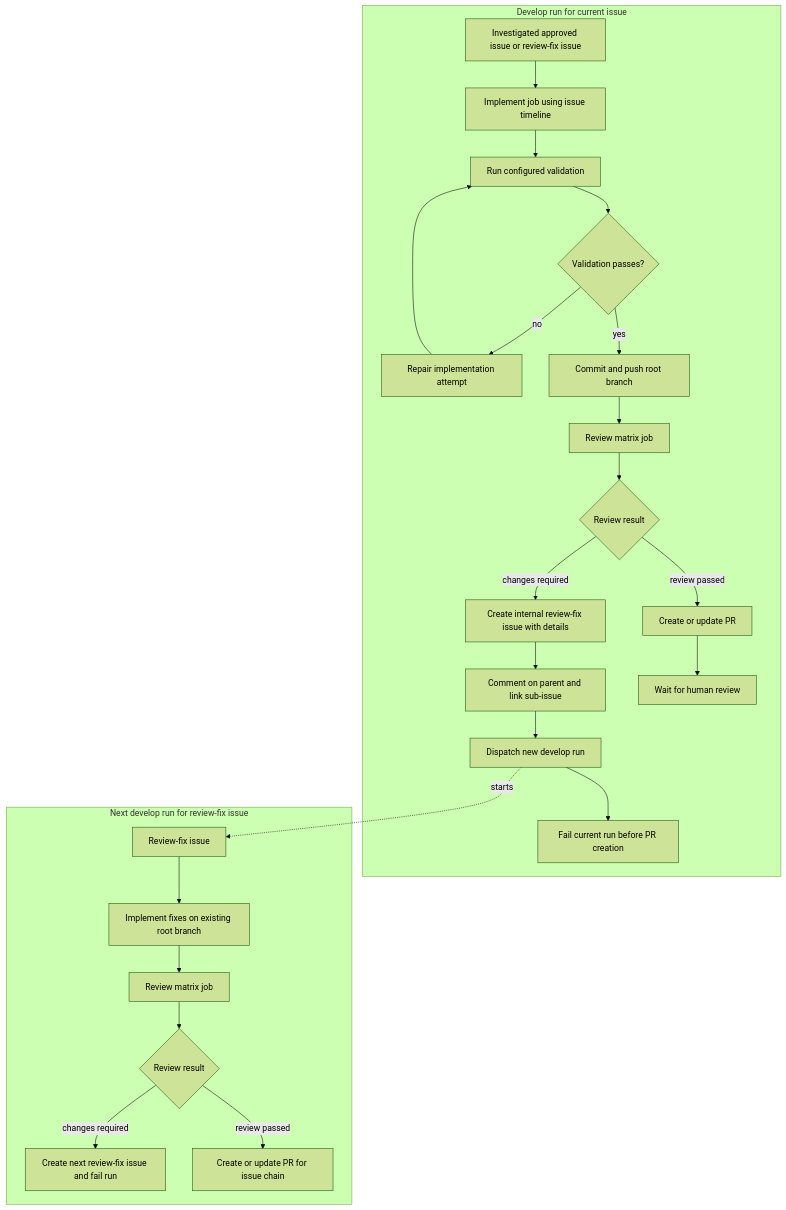
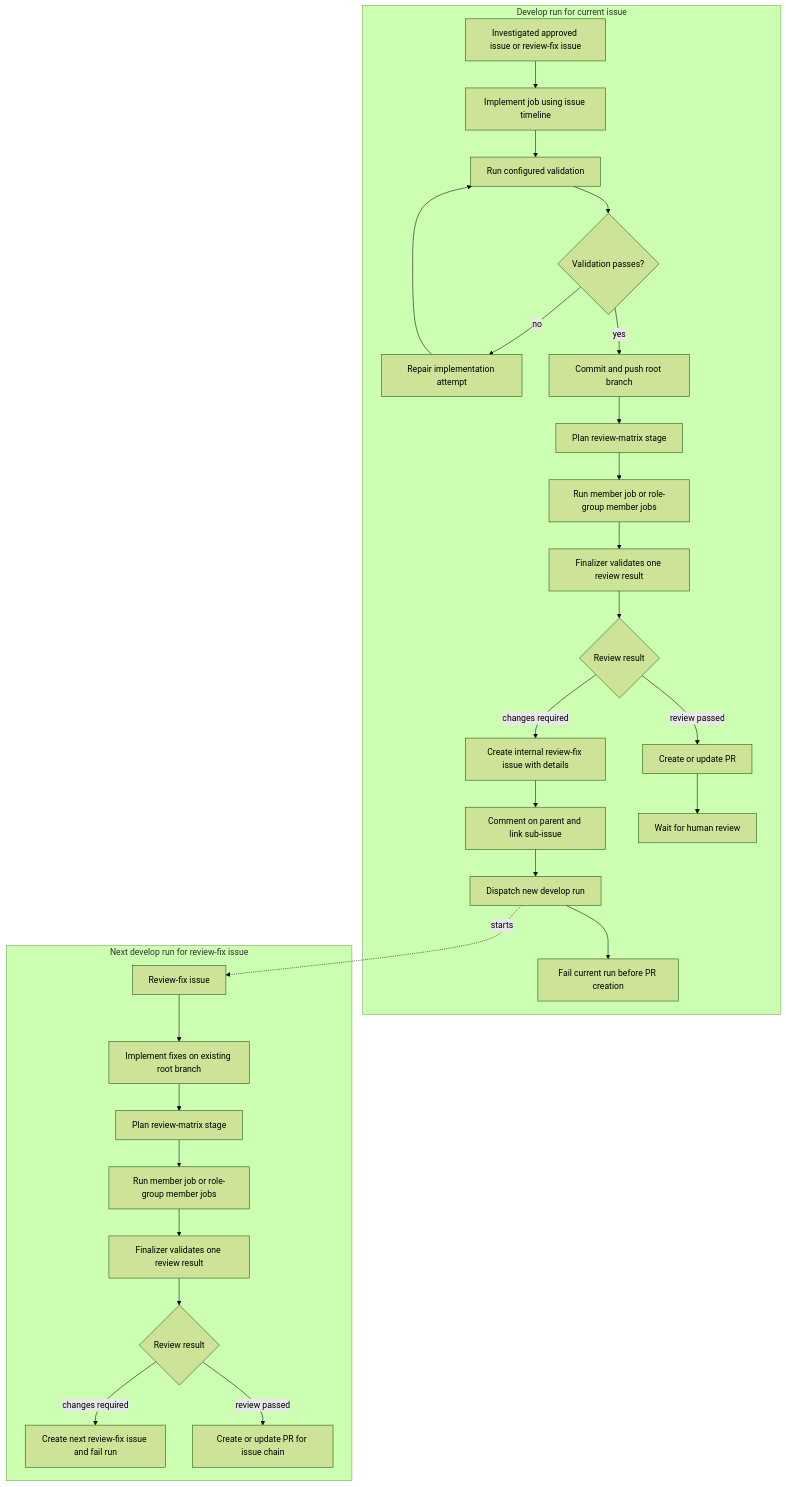
One commit to markhuangai/git-vibe changed the third of 6 diagrams in docs/WORKFLOW.md. Above: the diagram before and after it, drawn with Mermaid (forest theme). The commit also changed other lines of this file and 38 other files, not shown here.

Commit message:
Add role group matrix fanout

````diff
--- a/docs/WORKFLOW.md
+++ b/docs/WORKFLOW.md
@@ -191,29 +191,33 @@
 ```mermaid
 flowchart TD
   subgraph ParentRun[Develop run for current issue]
     A[Investigated approved issue or review-fix issue] --> E[Implement job using issue timeline]
     E --> F[Run configured validation]
     F --> G{Validation passes?}
     G -->|no| H[Repair implementation attempt]
     H --> F
     G -->|yes| I[Commit and push root branch]
-    I --> J[Review matrix job]
-    J --> K{Review result}
-    K -->|changes required| L[Create internal review-fix issue with details]
-    L --> M[Comment on parent and link sub-issue]
-    M --> N[Dispatch new develop run]
-    N --> O[Fail current run before PR creation]
-    K -->|review passed| P[Create or update PR]
-    P --> Q[Wait for human review]
+    I --> J[Plan review-matrix stage]
+    J --> K[Run member job or role-group member jobs]
+    K --> L[Finalizer validates one review result]
+    L --> M{Review result}
+    M -->|changes required| N[Create internal review-fix issue with details]
+    N --> O[Comment on parent and link sub-issue]
+    O --> P[Dispatch new develop run]
+    P --> Q[Fail current run before PR creation]
+    M -->|review passed| R[Create or update PR]
+    R --> S[Wait for human review]
   end
 
   subgraph FollowUpRun[Next develop run for review-fix issue]
-    R[Review-fix issue] --> T[Implement fixes on existing root branch]
-    T --> U[Review matrix job]
-    U --> V{Review result}
-    V -->|changes required| W[Create next review-fix issue and fail run]
-    V -->|review passed| X[Create or update PR for issue chain]
+    T[Review-fix issue] --> U[Implement fixes on existing root branch]
+    U --> V[Plan review-matrix stage]
+    V --> W[Run member job or role-group member jobs]
+    W --> X[Finalizer validates one review result]
+    X --> Y{Review result}
+    Y -->|changes required| Z[Create next review-fix issue and fail run]
+    Y -->|review passed| AA[Create or update PR for issue chain]
   end
 
-  N -. starts .-> R
+  P -. starts .-> T
 ```
````
